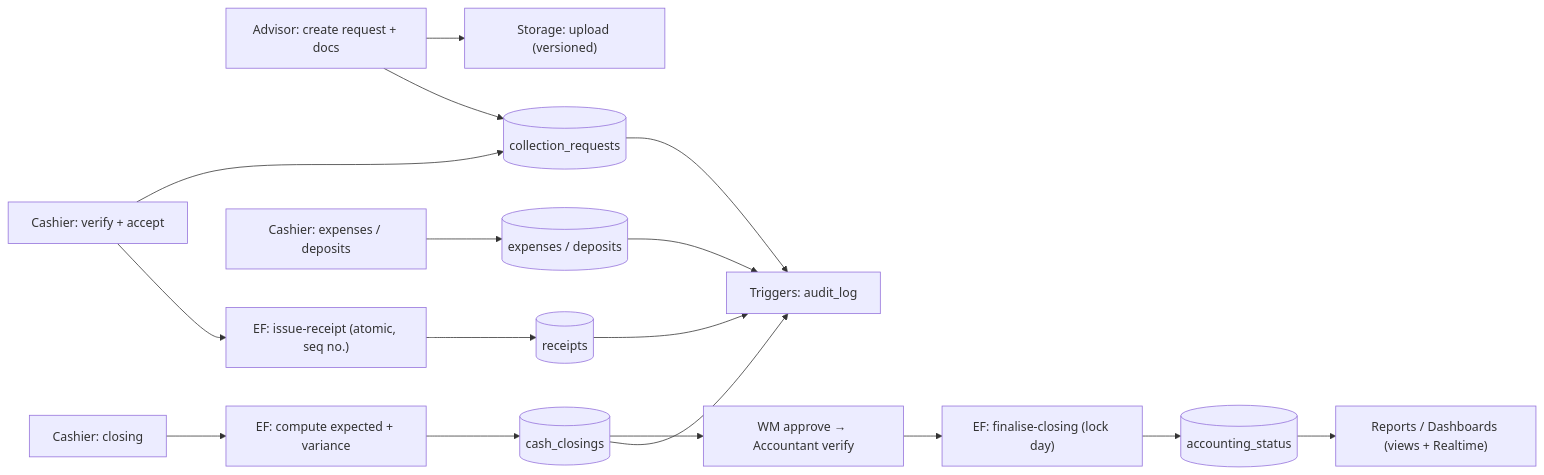
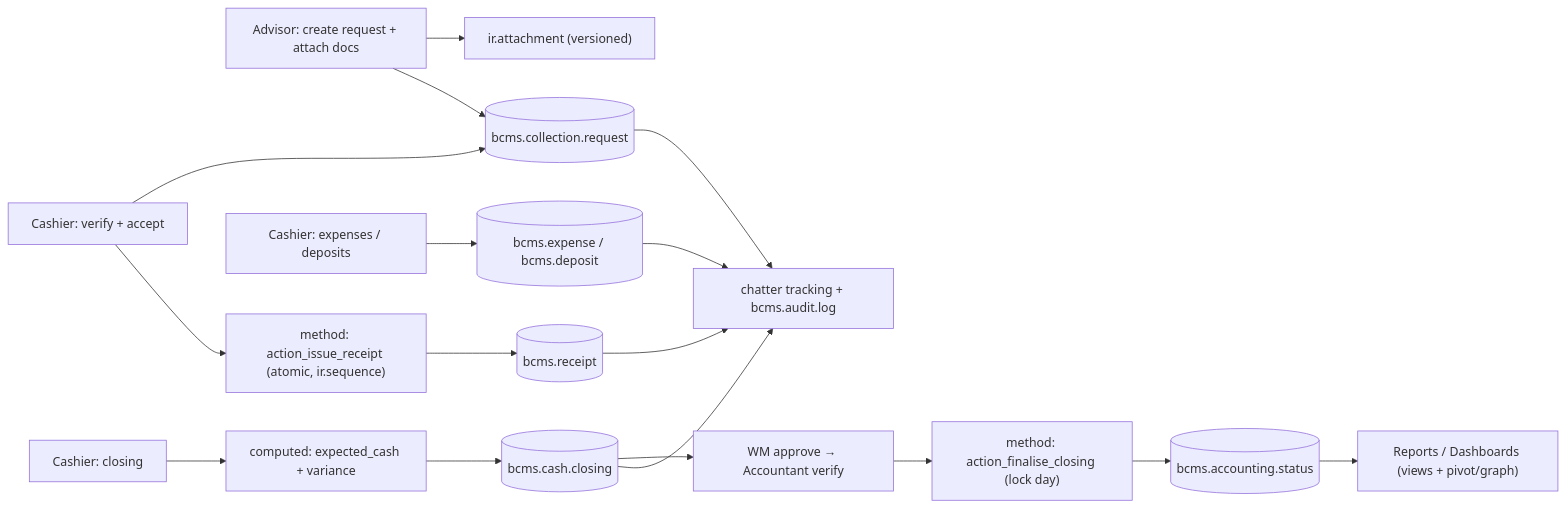
Before and after one commit to arunideen/branch-cash-management-system-odoo: the sixth of 8 diagrams in docs/TechnicalArchitecture.md, drawn with Mermaid. The commit also changed other lines of this file and 53 other files, not shown here.

````diff
--- a/docs/TechnicalArchitecture.md
+++ b/docs/TechnicalArchitecture.md
@@ -276,19 +274,19 @@
 ```mermaid
 flowchart LR
-    A["Advisor: create request + docs"] --> B["Storage: upload (versioned)"]
-    A --> C[("collection_requests")]
+    A["Advisor: create request + attach docs"] --> B["ir.attachment (versioned)"]
+    A --> C[("bcms.collection.request")]
     D["Cashier: verify + accept"] --> C
-    D --> E["EF: issue-receipt (atomic, seq no.)"]
-    E --> F[("receipts")]
-    G["Cashier: expenses / deposits"] --> H[("expenses / deposits")]
-    I["Cashier: closing"] --> J["EF: compute expected + variance"]
-    J --> K[("cash_closings")]
+    D --> E["method: action_issue_receipt (atomic, ir.sequence)"]
+    E --> F[("bcms.receipt")]
+    G["Cashier: expenses / deposits"] --> H[("bcms.expense / bcms.deposit")]
+    I["Cashier: closing"] --> J["computed: expected_cash + variance"]
+    J --> K[("bcms.cash.closing")]
     K --> L["WM approve → Accountant verify"]
-    L --> M["EF: finalise-closing (lock day)"]
-    M --> N[("accounting_status")]
-    N --> O["Reports / Dashboards (views + Realtime)"]
-    C --> P["Triggers: audit_log"]
+    L --> M["method: action_finalise_closing (lock day)"]
+    M --> N[("bcms.accounting.status")]
+    N --> O["Reports / Dashboards (views + pivot/graph)"]
+    C --> P["chatter tracking + bcms.audit.log"]
     F --> P
     H --> P
     K --> P
 ```
````
